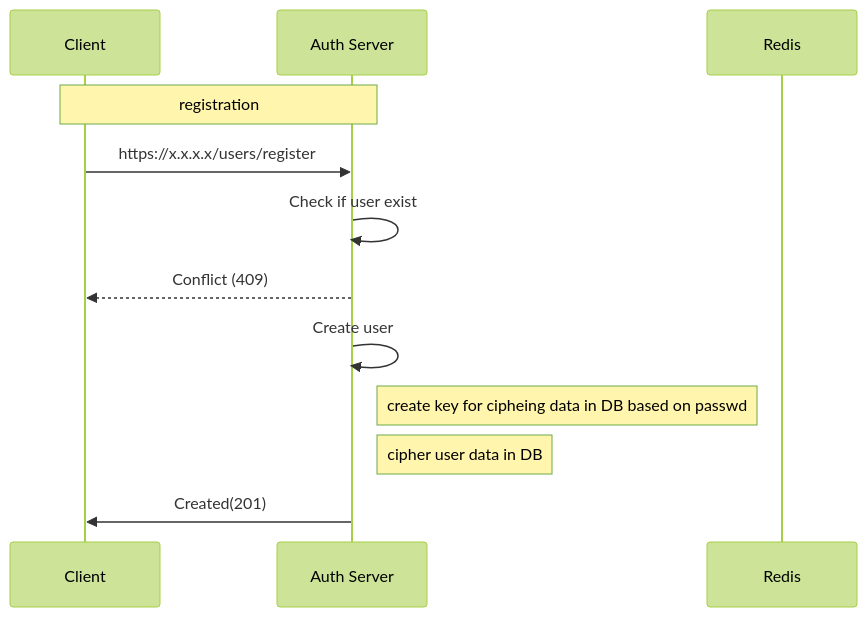
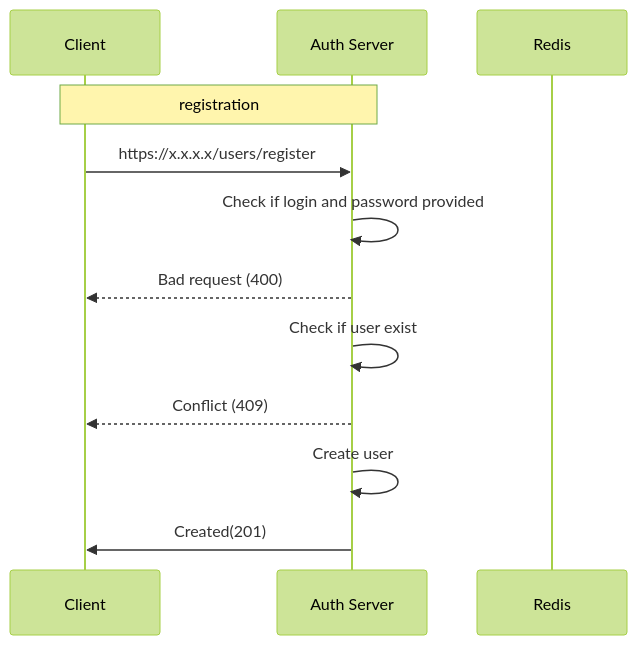
The diagram in Docs/1_users/1_registration.md (veselij/Auth_sprint_6_team_5), drawn with Mermaid (forest theme) before and after one commit. The commit also changed other lines of this file and 6 other files, not shown here.

````diff
--- a/Docs/1_users/1_registration.md
+++ b/Docs/1_users/1_registration.md
@@ -1,14 +1,14 @@
 ```mermaid
 sequenceDiagram
 	participant C as Client  
 	participant S as Auth Server
 	participant R as Redis
 	Note over C, S: registration
 	C->>S: https://x.x.x.x/users/register
+	S->>S: Check if login and password provided
+	S-->>C: Bad request (400)
 	S->>S: Check if user exist
 	S-->>C: Conflict (409)
 	S->>S: Create user
-	Note right of S: create key for cipheing data in DB based on passwd
-	Note right of S: cipher user data in DB
 	S->>C: Created(201)
 ```
````
